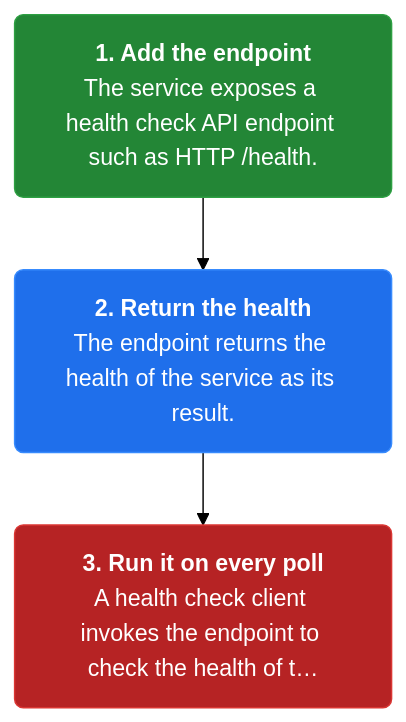
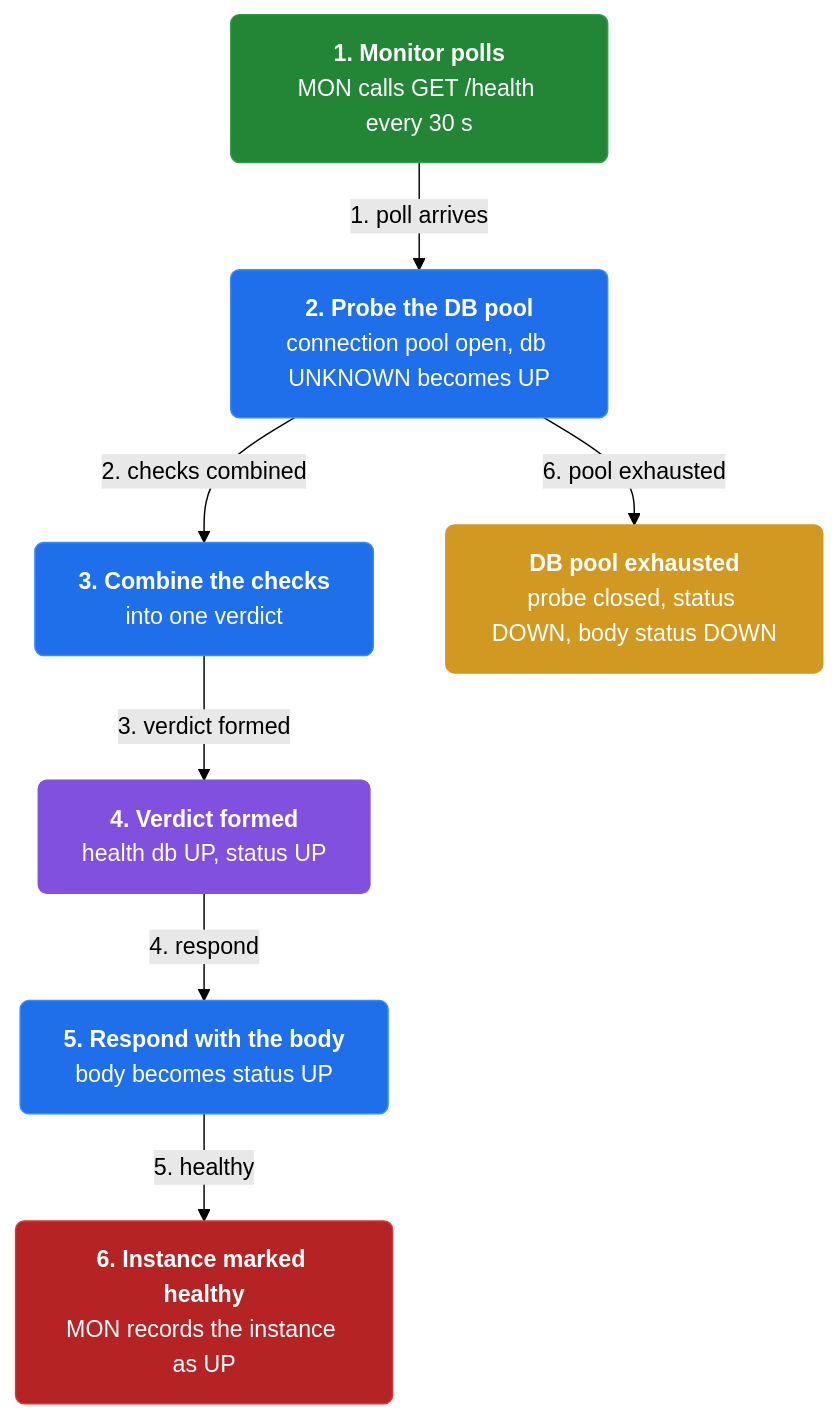
One commit to vinayakuber/microservices-io-study-guide changed the first of 4 diagrams in docs/ch35-health-check-api.md. Above: the diagram before and after it, drawn with Mermaid (forest theme). The commit also changed other lines of this file and 46 other files, not shown here.

First line of the commit message:
Author rich branching flow diagrams for all 44 chapters

````diff
--- a/docs/ch35-health-check-api.md
+++ b/docs/ch35-health-check-api.md
@@ -13,11 +13,21 @@
 ```mermaid
 flowchart TD
-  classDef step fill:#1f6feb,color:#ffffff,stroke:#388bfd,stroke-width:1px,rx:6
+  classDef step fill:#1f6feb,color:#ffffff,stroke:#388bfd,rx:6
+  classDef core fill:#8250df,color:#ffffff,stroke:#8250df,rx:6
+  classDef warn fill:#d29922,color:#ffffff,stroke:#d29922,rx:6
   classDef start fill:#238636,color:#ffffff,stroke:#2ea043,rx:6
   classDef stop fill:#b62324,color:#ffffff,stroke:#da3633,rx:6
-  s0n0["<b>1. Add the endpoint</b><br/>The service exposes a health check API endpoint such as HTTP /health."]:::start
-  s0n1["<b>2. Return the health</b><br/>The endpoint returns the health of the service as its result."]:::step
-  s0n2["<b>3. Run it on every poll</b><br/>A health check client invokes the endpoint to check the health of t…"]:::stop
-  s0n0 --> s0n1
-  s0n1 --> s0n2
+n0["<b>1. Monitor polls</b><br/>MON calls GET /health every 30 s"]:::start
+  n1["<b>2. Probe the DB pool</b><br/>connection pool open, db UNKNOWN becomes UP"]:::step
+  n2["<b>3. Combine the checks</b><br/>into one verdict"]:::step
+  n3["<b>4. Verdict formed</b><br/>health db UP, status UP"]:::core
+  n4["<b>5. Respond with the body</b><br/>body becomes status UP"]:::step
+  n5["<b>6. Instance marked healthy</b><br/>MON records the instance as UP"]:::stop
+  n6["<b>DB pool exhausted</b><br/>probe closed, status DOWN, body status DOWN"]:::warn
+  n0 -->|"1. poll arrives"| n1
+  n1 -->|"2. checks combined"| n2
+  n2 -->|"3. verdict formed"| n3
+  n3 -->|"4. respond"| n4
+  n4 -->|"5. healthy"| n5
+  n1 -->|"6. pool exhausted"| n6
 ```
````
